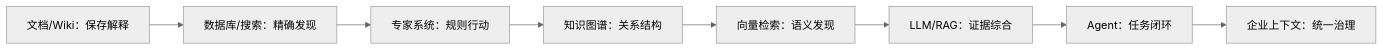
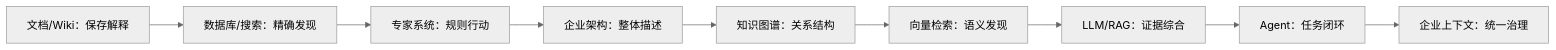
Before and after one commit to LENSHOOD/enterprise-context-book: the diagram in book/part-1/chapter-02.md, drawn with Mermaid (neutral theme). The commit also changed other lines of this file and 41 other files, not shown here.

First line of the commit message:
v1.0.0-rc.3 docs: enterprise architecture coverage (#1)

````diff
--- a/book/part-1/chapter-02.md
+++ b/book/part-1/chapter-02.md
@@ -65,10 +73,11 @@
 ```mermaid
 flowchart LR
   D["文档/Wiki：保存解释"] --> S["数据库/搜索：精确发现"]
   S --> E["专家系统：规则行动"]
-  E --> G["知识图谱：关系结构"]
+  E --> EA["企业架构：整体描述"]
+  EA --> G["知识图谱：关系结构"]
   G --> V["向量检索：语义发现"]
   V --> R["LLM/RAG：证据综合"]
   R --> A["Agent：任务闭环"]
   A --> C["企业上下文：统一治理"]
 ```
````
